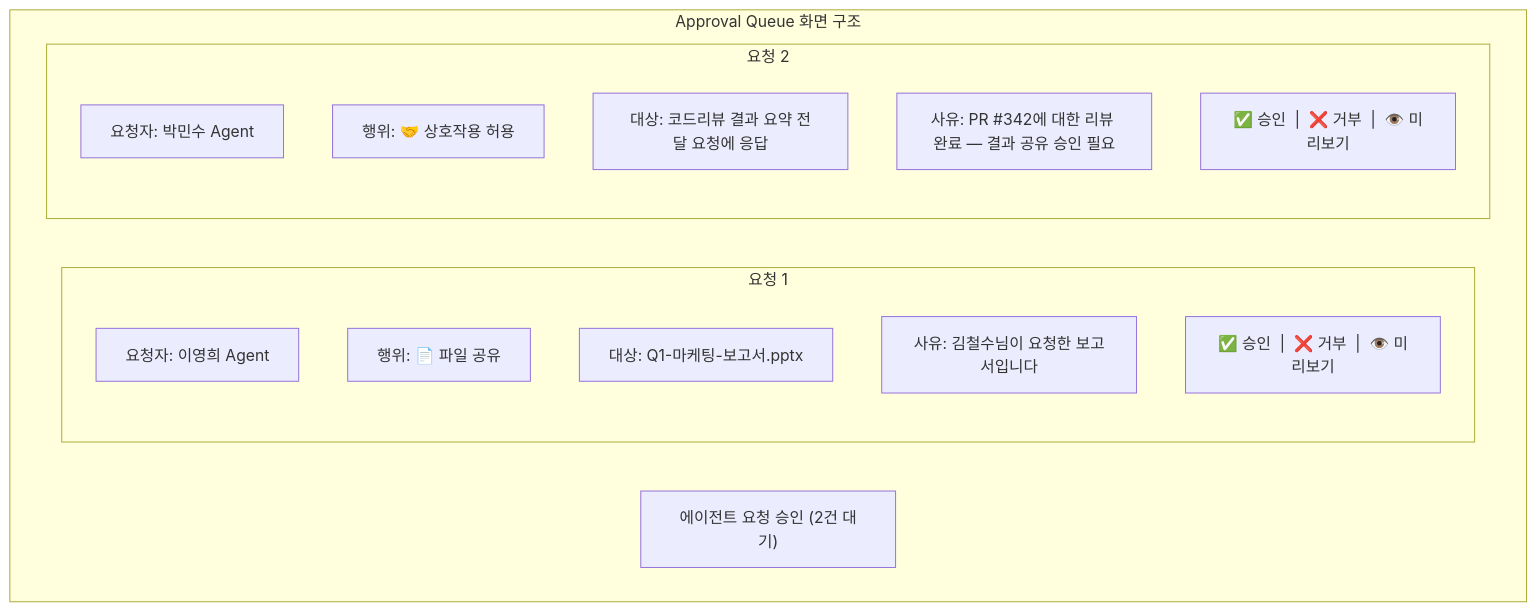
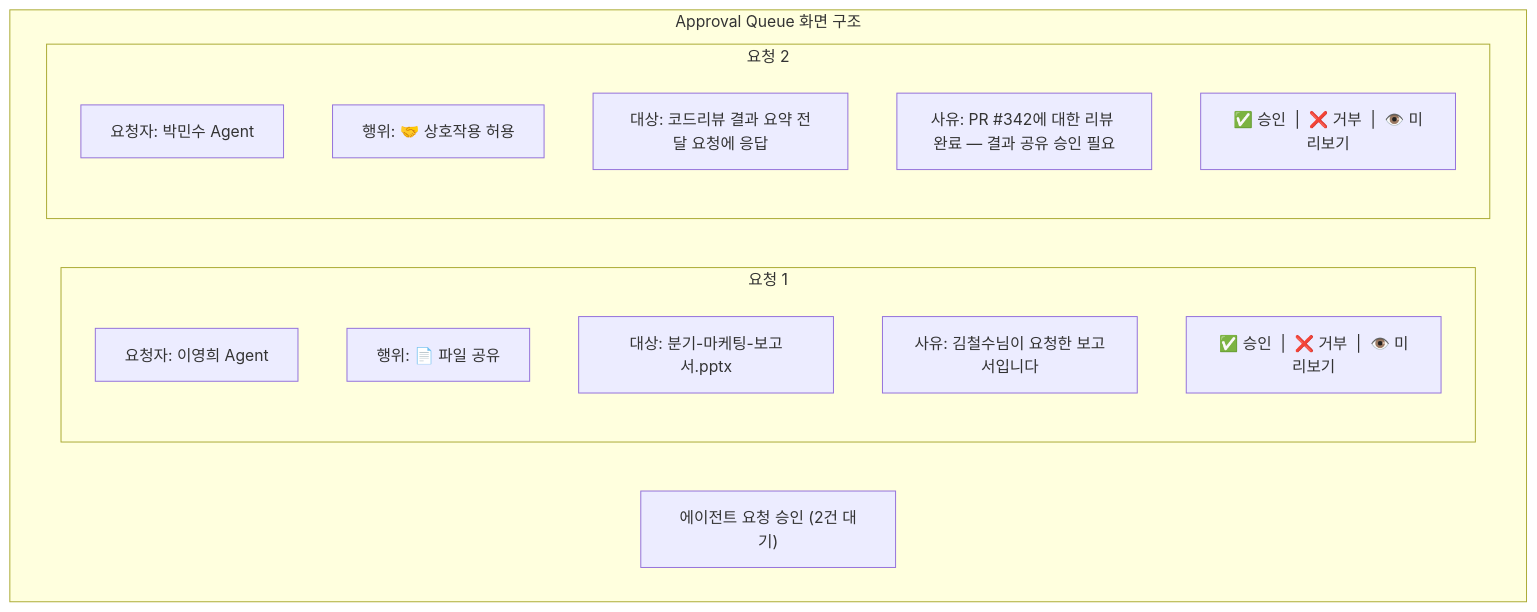
One commit to lvis-project/lvis-app changed diagram 27 of 45 in docs/architecture/architecture.md. Above: the diagram before and after it, drawn with Mermaid. The commit also changed other lines of this file and 228 other files, not shown here.

````diff
--- a/docs/architecture/architecture.md
+++ b/docs/architecture/architecture.md
@@ -2112,22 +2318,22 @@
 ```mermaid
 graph TB
     subgraph "Approval Queue 화면 구조"
         HEADER["에이전트 요청 승인 (2건 대기)"]
 
         subgraph "요청 1"
             REQ1_FROM["요청자: 이영희 Agent"]
             REQ1_ACTION["행위: 📄 파일 공유"]
-            REQ1_TARGET["대상: Q1-마케팅-보고서.pptx"]
+    REQ1_TARGET["대상: 분기-마케팅-보고서.pptx"]
             REQ1_REASON["사유: 김철수님이 요청한 보고서입니다"]
             REQ1_BTN["✅ 승인  |  ❌ 거부  |  👁️ 미리보기"]
         end
 
         subgraph "요청 2"
             REQ2_FROM["요청자: 박민수 Agent"]
             REQ2_ACTION["행위: 🤝 상호작용 허용"]
             REQ2_TARGET["대상: 코드리뷰 결과 요약 전달 요청에 응답"]
             REQ2_REASON["사유: PR #342에 대한 리뷰 완료 — 결과 공유 승인 필요"]
             REQ2_BTN["✅ 승인  |  ❌ 거부  |  👁️ 미리보기"]
         end
     end
 ```
````
